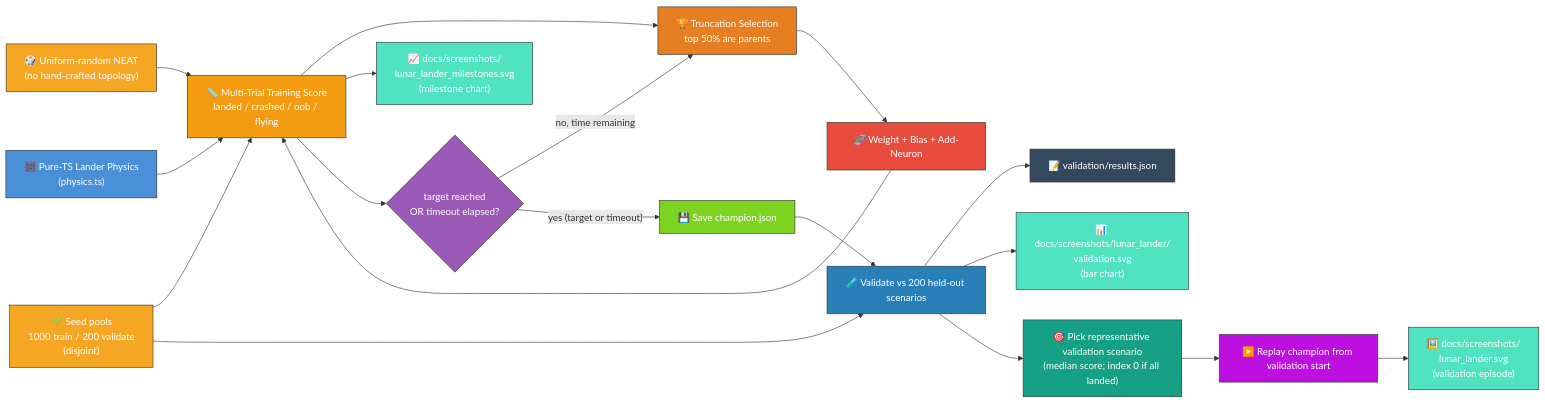
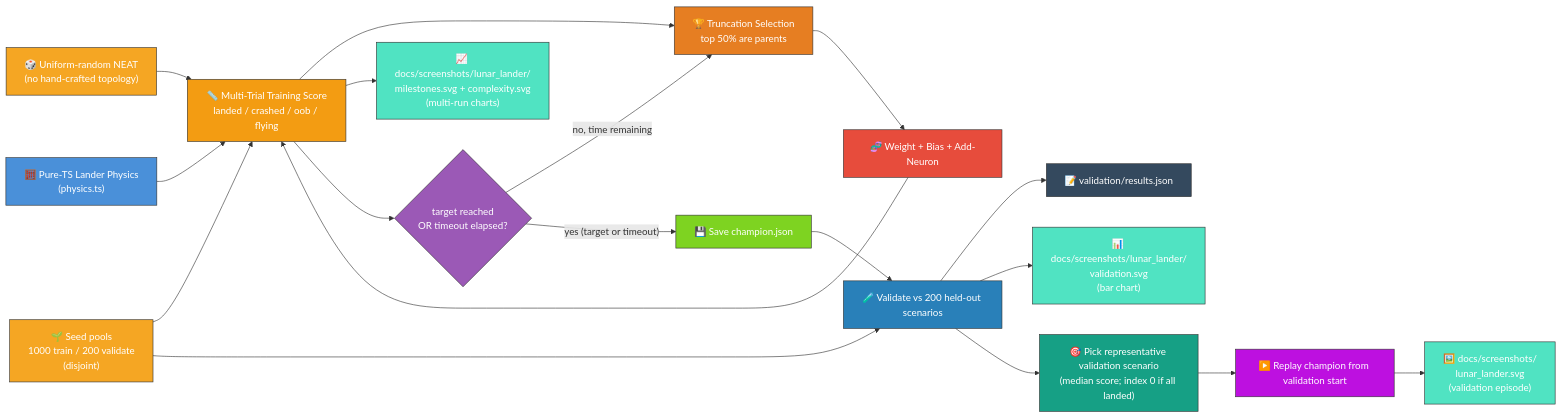
The first of 3 diagrams in lunar_lander/README.md (stSoftwareAU/NEAT-AI-Examples), drawn with Mermaid before and after one commit. The commit also changed other lines of this file and 11 other files, not shown here.

First line of the commit message:
lunar_lander: wire multi-run persistence and aggregate charts (#324)

````diff
--- a/lunar_lander/README.md
+++ b/lunar_lander/README.md
@@ -43,52 +43,52 @@
 ```mermaid
 flowchart LR
     PHYS["🧮 Pure-TS Lander Physics<br/>(physics.ts)"]
     INIT["🎲 Uniform-random NEAT<br/>(no hand-crafted topology)"]
     POOLS["🌱 Seed pools<br/>1000 train / 200 validate<br/>(disjoint)"]
     TRAIN["📏 Multi-Trial Training Score<br/>landed / crashed / oob / flying"]
     SELECT["🏆 Truncation Selection<br/>top 50% are parents"]
     MUTATE["🧬 Weight + Bias + Add-Neuron"]
     STOP{"target reached<br/>OR timeout elapsed?"}
     CHAMP["💾 Save champion.json"]
     VALID["🧪 Validate vs 200 held-out scenarios"]
     PICK["🎯 Pick representative validation scenario<br/>(median score; index 0 if all landed)"]
     RUN["▶️ Replay champion from validation start"]
     JSON["📝 validation/results.json"]
-    MILES["📈 docs/screenshots/<br/>lunar_lander_milestones.svg<br/>(milestone chart)"]
+    MILES["📈 docs/screenshots/lunar_lander/<br/>milestones.svg + complexity.svg<br/>(multi-run charts)"]
     BARS["📊 docs/screenshots/lunar_lander/<br/>validation.svg<br/>(bar chart)"]
     SVG["🖼️ docs/screenshots/<br/>lunar_lander.svg<br/>(validation episode)"]
 
     INIT --> TRAIN
     PHYS --> TRAIN
     POOLS --> TRAIN
     POOLS --> VALID
     TRAIN --> SELECT
     SELECT --> MUTATE
     MUTATE --> TRAIN
     TRAIN --> MILES
     TRAIN --> STOP
     STOP -- "no, time remaining" --> SELECT
     STOP -- "yes (target or timeout)" --> CHAMP
     CHAMP --> VALID
     VALID --> JSON
     VALID --> BARS
     VALID --> PICK
     PICK --> RUN
     RUN --> SVG
 
     style PHYS fill:#4a90d9,stroke:#333,color:#fff
     style INIT fill:#f5a623,stroke:#333,color:#fff
     style POOLS fill:#f5a623,stroke:#333,color:#fff
     style TRAIN fill:#f39c12,stroke:#333,color:#fff
     style SELECT fill:#e67e22,stroke:#333,color:#fff
     style MUTATE fill:#e74c3c,stroke:#333,color:#fff
     style STOP fill:#9b59b6,stroke:#333,color:#fff
     style CHAMP fill:#7ed321,stroke:#333,color:#fff
     style VALID fill:#2980b9,stroke:#333,color:#fff
     style PICK fill:#16a085,stroke:#333,color:#fff
     style RUN fill:#bd10e0,stroke:#333,color:#fff
     style JSON fill:#34495e,stroke:#333,color:#fff
     style MILES fill:#50e3c2,stroke:#333,color:#fff
     style BARS fill:#50e3c2,stroke:#333,color:#fff
     style SVG fill:#50e3c2,stroke:#333,color:#fff
 ```
````
